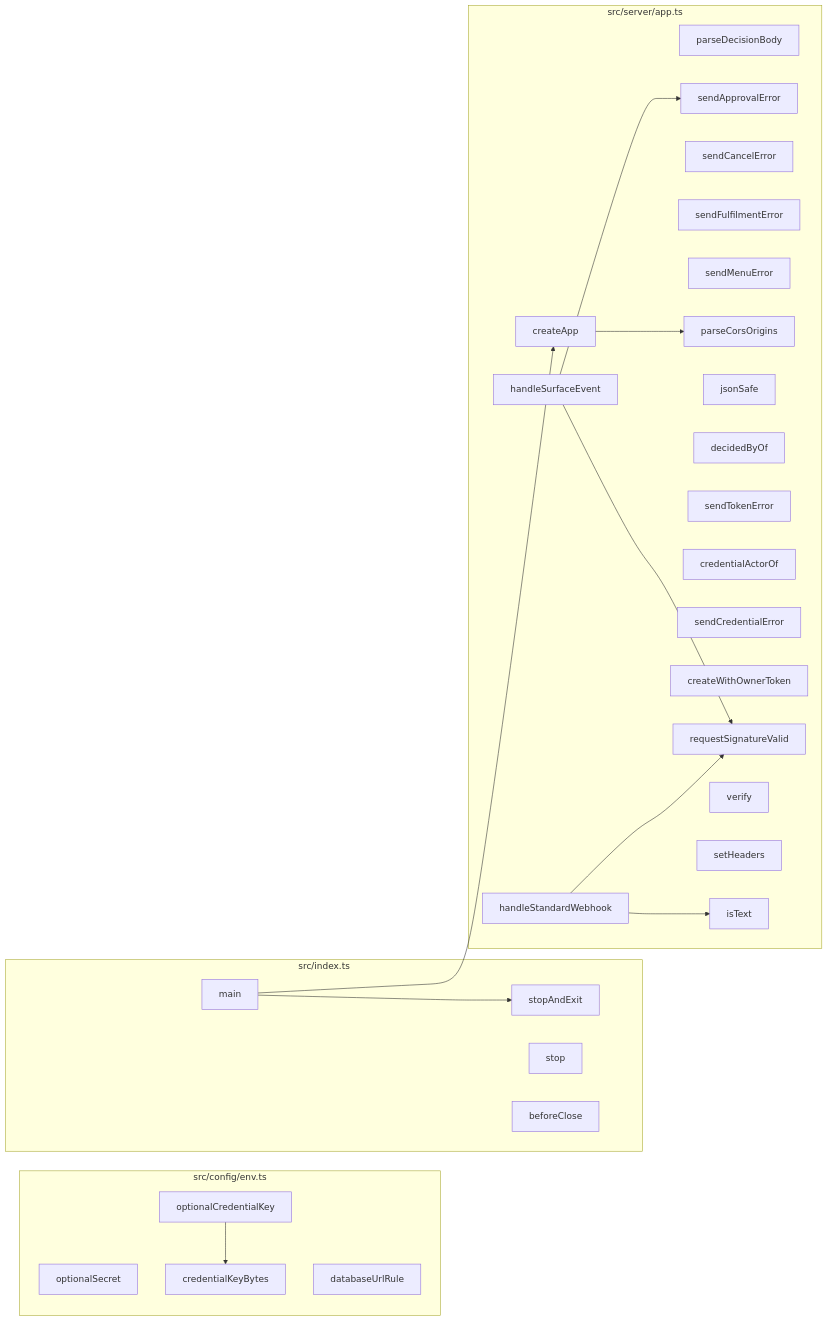
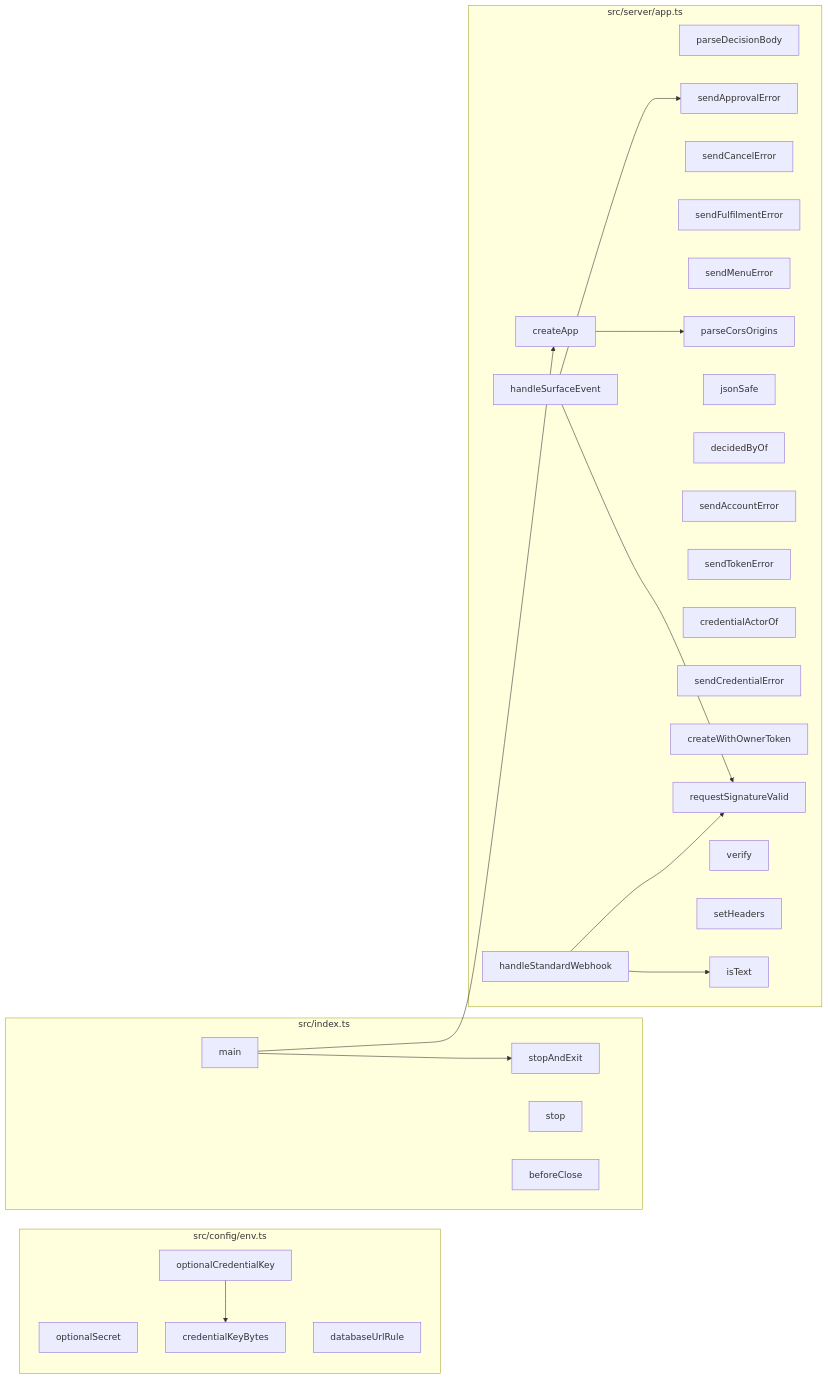
One commit to Jaydearcadian/bind changed the fourth of 11 diagrams in docs/CODEBASE_MAP.md. Above: the diagram before and after it, drawn with Mermaid. The commit also changed other lines of this file and 32 other files, not shown here.

````diff
--- a/docs/CODEBASE_MAP.md
+++ b/docs/CODEBASE_MAP.md
@@ -279,44 +291,45 @@
 ```mermaid
 flowchart LR
   subgraph F0["src/config/env.ts"]
-    n339["optionalSecret"]
-    n340["credentialKeyBytes"]
-    n341["optionalCredentialKey"]
-    n342["databaseUrlRule"]
+    n364["optionalSecret"]
+    n365["credentialKeyBytes"]
+    n366["optionalCredentialKey"]
+    n367["databaseUrlRule"]
   end
   subgraph F1["src/index.ts"]
-    n401["stopAndExit"]
-    n402["main"]
-    n403["stop"]
-    n404["beforeClose"]
+    n426["stopAndExit"]
+    n427["main"]
+    n428["stop"]
+    n429["beforeClose"]
   end
   subgraph F2["src/server/app.ts"]
-    n483["parseDecisionBody"]
-    n484["sendApprovalError"]
-    n485["sendCancelError"]
-    n486["sendFulfilmentError"]
-    n487["sendMenuError"]
-    n488["parseCorsOrigins"]
-    n489["jsonSafe"]
-    n490["decidedByOf"]
-    n491["sendTokenError"]
-    n492["credentialActorOf"]
-    n493["sendCredentialError"]
-    n494["createWithOwnerToken"]
-    n495["requestSignatureValid"]
-    n496["createApp"]
-    n497["verify"]
-    n498["setHeaders"]
-    n563["handleSurfaceEvent"]
-    n564["handleStandardWebhook"]
-    n565["isText"]
+    n508["parseDecisionBody"]
+    n509["sendApprovalError"]
+    n510["sendCancelError"]
+    n511["sendFulfilmentError"]
+    n512["sendMenuError"]
+    n513["parseCorsOrigins"]
+    n514["jsonSafe"]
+    n515["decidedByOf"]
+    n516["sendAccountError"]
+    n517["sendTokenError"]
+    n518["credentialActorOf"]
+    n519["sendCredentialError"]
+    n520["createWithOwnerToken"]
+    n521["requestSignatureValid"]
+    n522["createApp"]
+    n523["verify"]
+    n524["setHeaders"]
+    n600["handleSurfaceEvent"]
+    n601["handleStandardWebhook"]
+    n602["isText"]
   end
-  n341 --> n340
-  n402 --> n496
-  n402 --> n401
-  n496 --> n488
-  n563 --> n495
-  n563 --> n484
-  n564 --> n495
-  n564 --> n565
+  n366 --> n365
+  n427 --> n522
+  n427 --> n426
+  n522 --> n513
+  n600 --> n521
+  n600 --> n509
+  n601 --> n521
+  n601 --> n602
 ```
````
